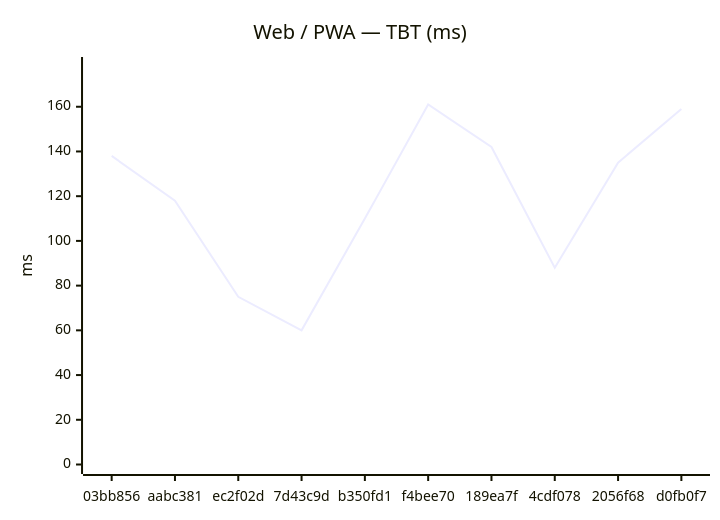
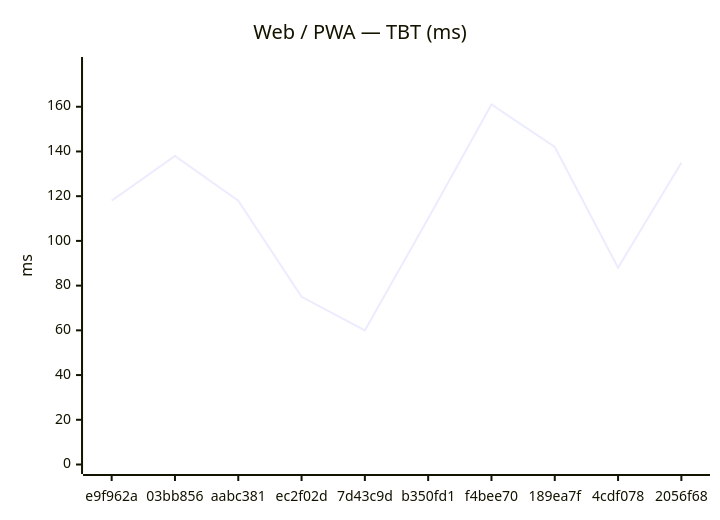
Before and after one commit to Metaheurist/Rianell: the second of 18 diagrams in benchmarks/compare.md, drawn with Mermaid. The commit also changed other lines of this file and 11 other files, not shown here.

````diff
--- a/benchmarks/compare.md
+++ b/benchmarks/compare.md
@@ -31,7 +31,7 @@
 ```mermaid
 xychart-beta
     title "Web / PWA — TBT (ms)"
-    x-axis ["03bb856", "aabc381", "ec2f02d", "7d43c9d", "b350fd1", "f4bee70", "189ea7f", "4cdf078", "2056f68", "d0fb0f7"]
+    x-axis ["e9f962a", "03bb856", "aabc381", "ec2f02d", "7d43c9d", "b350fd1", "f4bee70", "189ea7f", "4cdf078", "2056f68"]
     y-axis "ms" 0 --> 178
-    line [138, 118, 75, 60, 110, 161, 142, 88, 135, 159]
+    line [118, 138, 118, 75, 60, 110, 161, 142, 88, 135]
 ```
````
